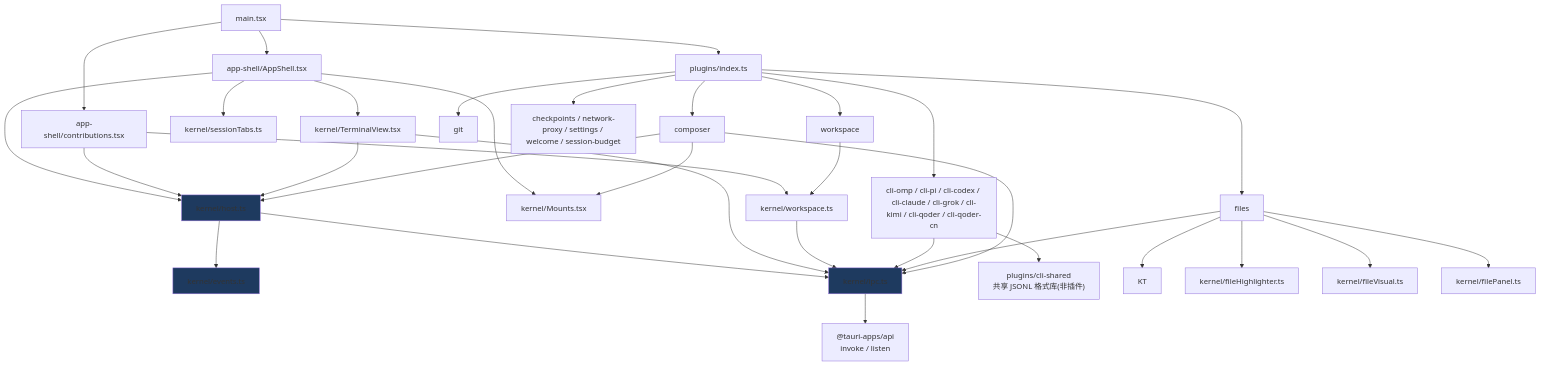
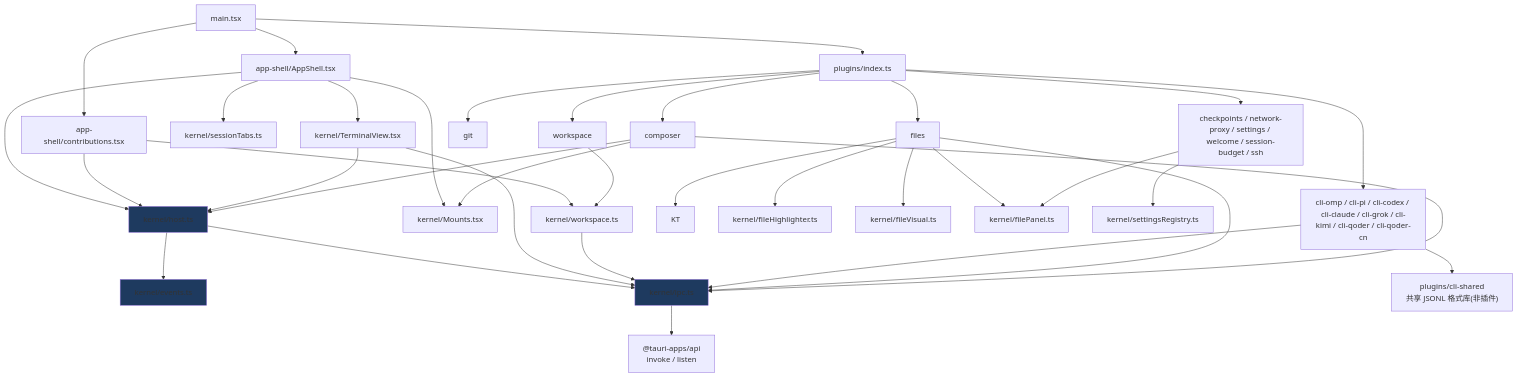
The eighth of 8 diagrams in docs/architecture/02-code-architecture.md (chenxiangning/tmd-cli), drawn with Mermaid before and after one commit. The commit also changed other lines of this file and 4 other files, not shown here.

Commit message:
docs: 架构与项目文档按代码校准,补齐 SSH/Git Graph/文件渲染档案漂移

````diff
--- a/docs/architecture/02-code-architecture.md
+++ b/docs/architecture/02-code-architecture.md
@@ -332,38 +341,39 @@
 ```mermaid
 flowchart TD
     M["main.tsx"] --> AS["app-shell/AppShell.tsx"]
     M --> CT["app-shell/contributions.tsx"]
     M --> PI["plugins/index.ts"]
 
     AS --> KH["kernel/host.ts"]
     AS --> KM["kernel/Mounts.tsx"]
     AS --> KTV["kernel/TerminalView.tsx"]
     AS --> KST["kernel/sessionTabs.ts"]
     CT --> KH
     CT --> KW["kernel/workspace.ts"]
 
     PI --> P1["cli-omp / cli-pi / cli-codex / cli-claude / cli-grok / cli-kimi / cli-qoder / cli-qoder-cn"]
     PI --> P2["workspace"]
     PI --> P3["files"]
     PI --> P4["git"]
     PI --> P5["composer"]
-    PI --> P6["checkpoints / network-proxy / settings / welcome / session-budget"]
+    PI --> P6["checkpoints / network-proxy / settings / welcome / session-budget / ssh"]
 
     KH --> KE["kernel/events.ts"]
     KH --> KI["kernel/ipc.ts"]
     KTV --> KI
     KTV --> KH
     KW --> KI
 
     P1 --> KI
     P1 --> SH["plugins/cli-shared<br/>共享 JSONL 格式库(非插件)"]
     P2 --> KW
     P3 --> KI & KT & KFH["kernel/fileHighlighter.ts"] & KFV["kernel/fileVisual.ts"] & KFP["kernel/filePanel.ts"]
+    P6 --> KFP & KSR["kernel/settingsRegistry.ts"]
     P5 --> KH & KM & KI
 
     KI --> TAPI["@tauri-apps/api<br/>invoke / listen"]
 
     style KE fill:#1e3a5f
     style KI fill:#1e3a5f
     style KH fill:#1e3a5f
 ```
````
